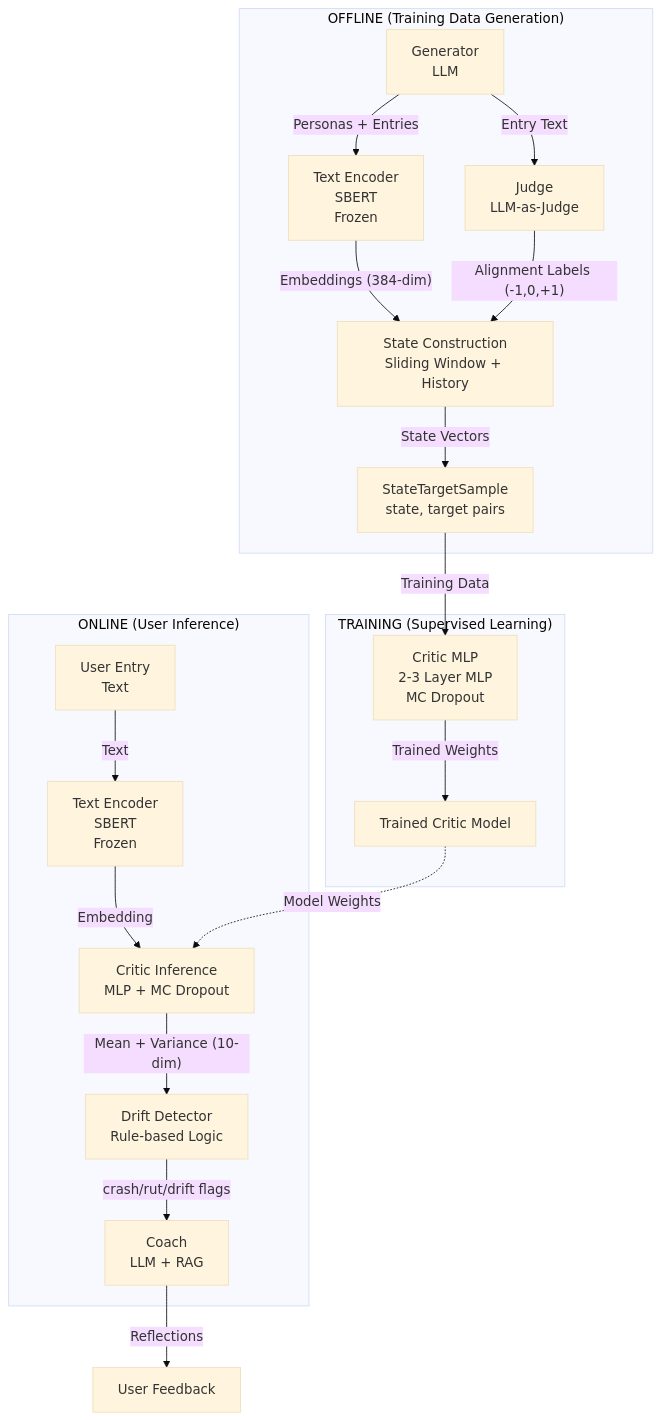
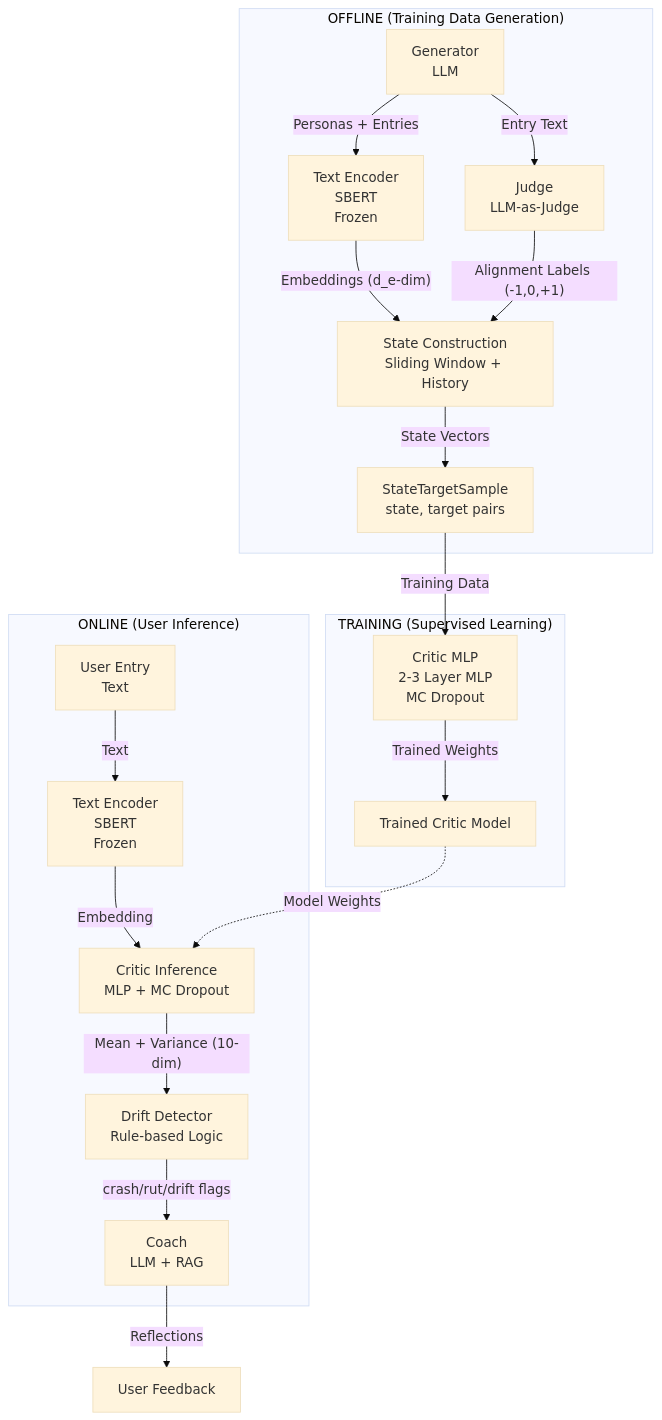
One commit to DesmondChoy/twinkl changed the diagram in docs/vif/system_architecture_diagrams.md. Above: the diagram before and after it, drawn with Mermaid (base theme). The commit also changed other lines of this file and 14 other files, not shown here.

First line of the commit message:
docs(vif): genericize hardcoded architecture values, point to config/vif.yaml

````diff
--- a/docs/vif/system_architecture_diagrams.md
+++ b/docs/vif/system_architecture_diagrams.md
@@ -6,38 +6,38 @@
 ```mermaid
 flowchart TB
     subgraph offline["OFFLINE (Training Data Generation)"]
         generator[Generator<br/>LLM]
         encoder1[Text Encoder<br/>SBERT<br/>Frozen]
         judge[Judge<br/>LLM-as-Judge]
         stateBuilder[State Construction<br/>Sliding Window + History]
         dataset[StateTargetSample<br/>state, target pairs]
     end
 
     subgraph training["TRAINING (Supervised Learning)"]
         criticTrain[Critic MLP<br/>2-3 Layer MLP<br/>MC Dropout]
         trainedModel[Trained Critic Model]
     end
 
     subgraph online["ONLINE (User Inference)"]
         userEntry[User Entry<br/>Text]
         encoder2[Text Encoder<br/>SBERT<br/>Frozen]
         critic[Critic Inference<br/>MLP + MC Dropout]
         driftDetector[Drift Detector<br/>Rule-based Logic]
         coach[Coach<br/>LLM + RAG]
     end
 
     generator -->|"Personas + Entries"| encoder1
     generator -->|"Entry Text"| judge
-    encoder1 -->|"Embeddings (384-dim)"| stateBuilder
+    encoder1 -->|"Embeddings (d_e-dim)"| stateBuilder
     judge -->|"Alignment Labels (-1,0,+1)"| stateBuilder
     stateBuilder -->|"State Vectors"| dataset
     dataset -->|"Training Data"| criticTrain
     criticTrain -->|"Trained Weights"| trainedModel
 
     userEntry -->|"Text"| encoder2
     encoder2 -->|"Embedding"| critic
     trainedModel -.->|"Model Weights"| critic
     critic -->|"Mean + Variance (10-dim)"| driftDetector
     driftDetector -->|"crash/rut/drift flags"| coach
     coach -->|"Reflections"| userOut[User Feedback]
 ```
````
